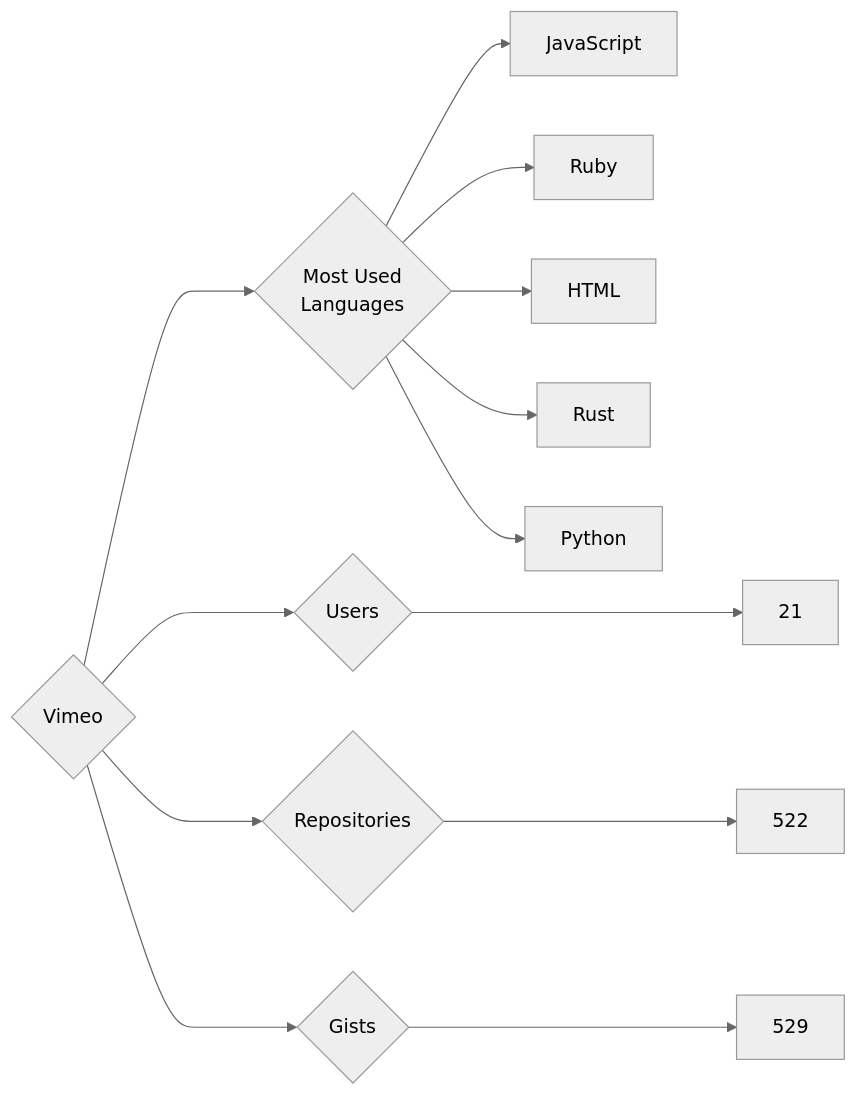
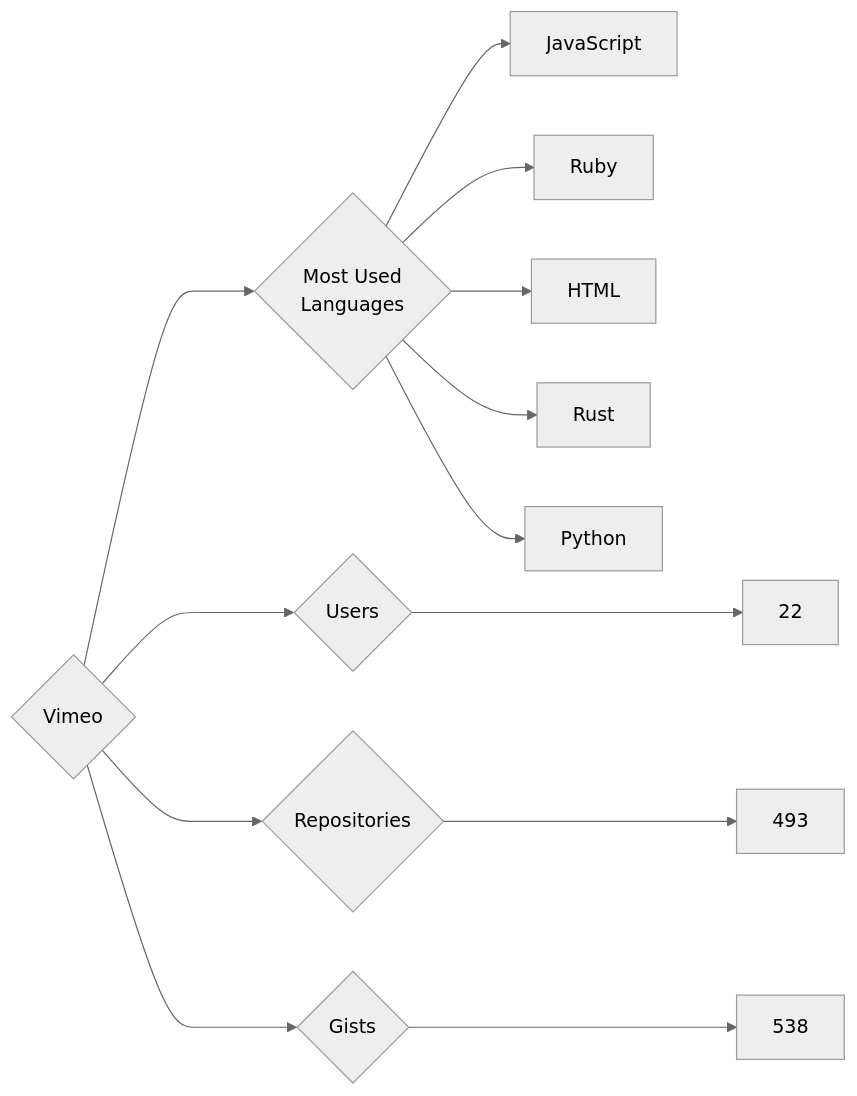
The diagram in targets/Vimeo/README.md (trickest/insiders), drawn with Mermaid (neutral theme) before and after one commit. The commit also changed 794 other files, not shown here.

````diff
--- a/targets/Vimeo/README.md
+++ b/targets/Vimeo/README.md
@@ -3,13 +3,13 @@
 ```mermaid
 graph LR
 COMPANY_NAME{Vimeo}
-COMPANY_NAME ---> U{Users} ---> UN[21]
-COMPANY_NAME ---> R{Repositories} ---> RN[522]
-COMPANY_NAME ---> G{Gists} ---> GN[529]
+COMPANY_NAME ---> U{Users} ---> UN[22]
+COMPANY_NAME ---> R{Repositories} ---> RN[493]
+COMPANY_NAME ---> G{Gists} ---> GN[538]
 COMPANY_NAME ---> ML{Most Used<br>Languages}
 ML --> JavaScript[JavaScript]
 ML --> Ruby[Ruby]
 ML --> HTML[HTML]
 ML --> Rust[Rust]
 ML --> Python[Python]
 ```
````
